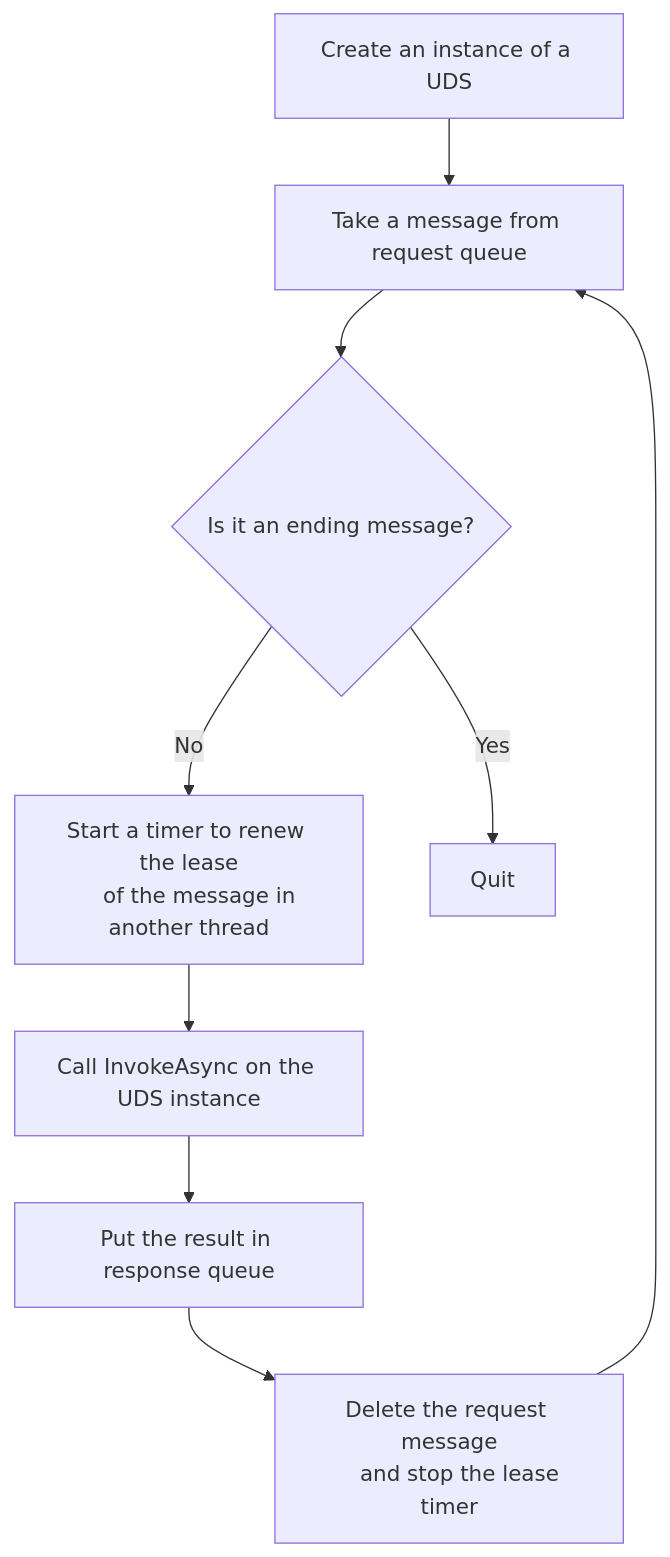
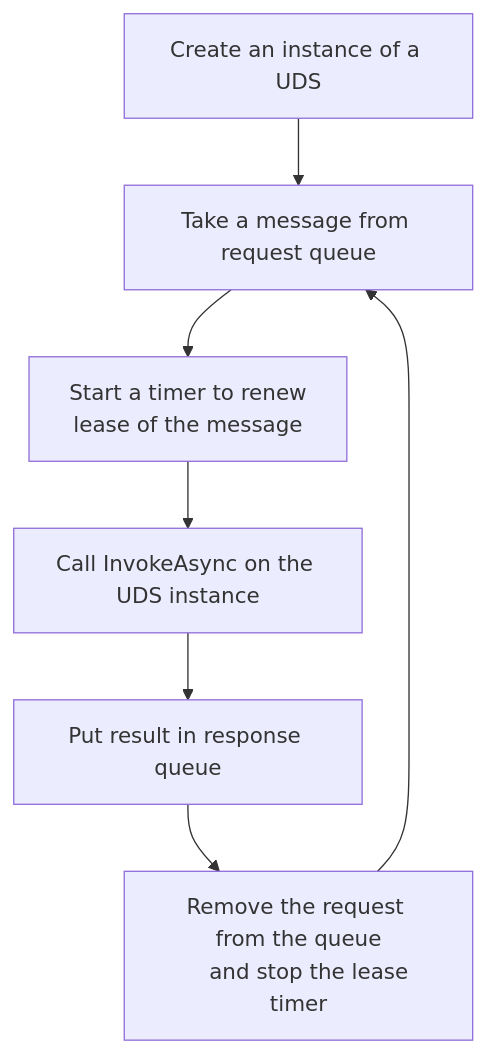
One commit to coin8086/cloudworker changed the diagram in design/draft.md. Above: the diagram before and after it, drawn with Mermaid. The commit also changed 3 other files, not shown here.

Commit message:
ServiceHost: Do not quit by an ending message.

````diff
--- a/design/draft.md
+++ b/design/draft.md
@@ -22,27 +22,23 @@
 ```mermaid
 flowchart TD
     init[Create an instance of a UDS]
 
     take[Take a message from request queue]
 
-    check{Is it an ending message?}
-
-    beforeCall[Start a timer to renew the lease
-    of the message in another thread]
+    beforeCall[Start a timer to renew
+        lease of the message]
 
     callit[Call InvokeAsync on the UDS instance]
 
-    put[Put the result in response queue]
+    put[Put result in response queue]
 
-    afterCall[Delete the request message
+    afterCall[Remove the request from the queue
     and stop the lease timer]
 
     init --> take
-    take --> check
-    check --> |Yes| Quit
-    check --> |No| beforeCall
+    take --> beforeCall
     beforeCall --> callit
     callit --> put
     put --> afterCall
     afterCall --> take
 ```
````
